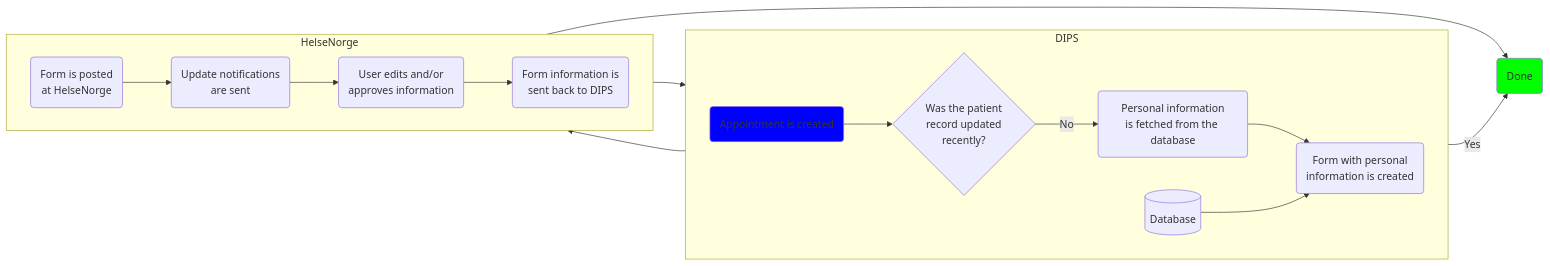
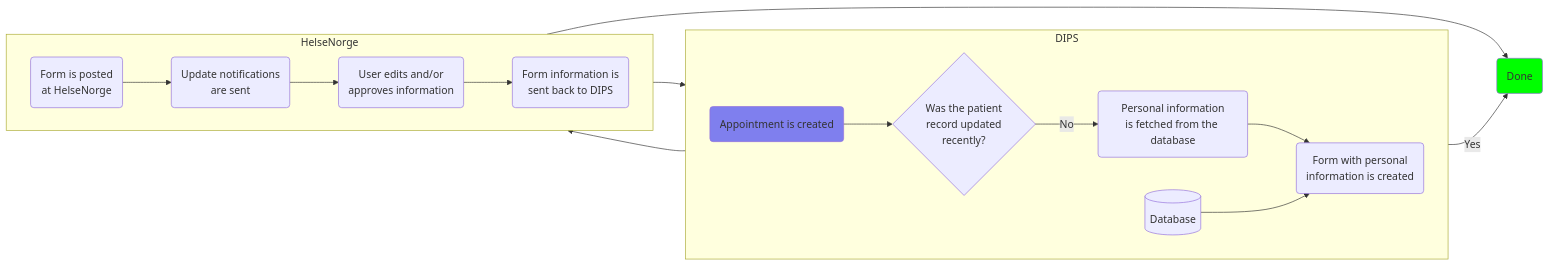
The diagram in Flow.md (oleksii-nikolaienko/Eitri_OpenDIPS), drawn with Mermaid before and after one commit.

````diff
--- a/Flow.md
+++ b/Flow.md
@@ -1,29 +1,29 @@
 ```mermaid
   flowchart LR
       
       done(Done)
       style done fill:#00ff00
       
       subgraph DIPS
         direction LR
         create_appoint(Appointment is created)-->when_updated{Was the patient\nrecord updated\nrecently?}
-        style create_appoint fill:#0000ff
+        style create_appoint fill:#0000ff80
         when_updated -- No --> fetch_info(Personal information\nis fetched from the database)
         fetch_info --> create_form(Form with personal\ninformation is created)
         db[(Database)] --> create_form
       end
       
       subgraph HelseNorge
         direction LR
         post_form(Form is posted\nat HelseNorge) --> notify(Update notifications\nare sent)
         notify --> edit(User edits and/or\napproves information)
         edit --> send_back(Form information is\nsent back to DIPS)
         
       end
       
       when_updated -- Yes --> done
       create_form --> post_form
       send_back --> done
       send_back --> db
       
 ```
````
